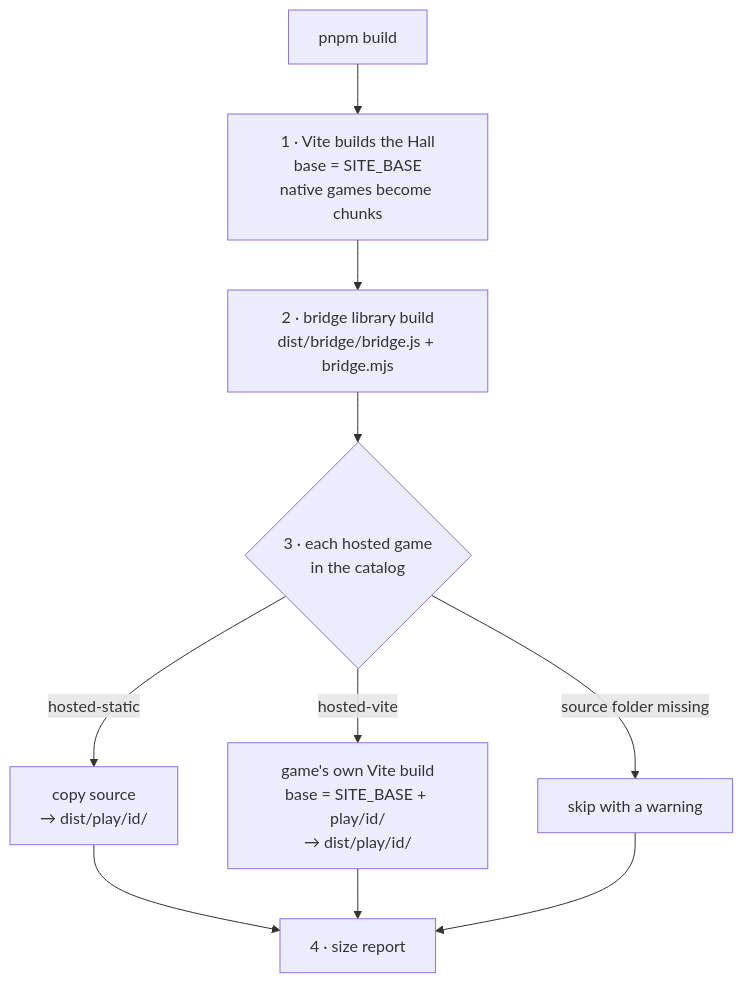
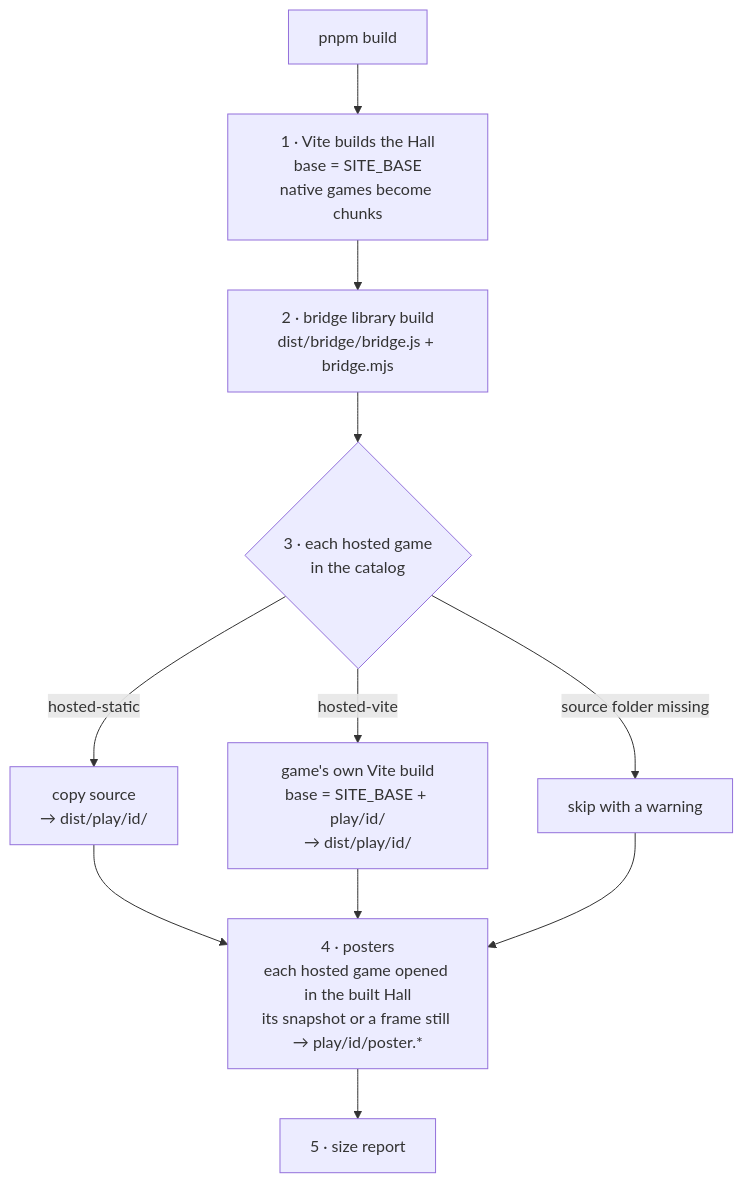
One commit to agunawijaya/usr-games-reborn changed the tenth of 10 diagrams in docs/ARCHITECTURE.md. Above: the diagram before and after it, drawn with Mermaid. The commit also changed other lines of this file and 171 other files, not shown here.

````diff
--- a/docs/ARCHITECTURE.md
+++ b/docs/ARCHITECTURE.md
@@ -264,12 +306,13 @@
 ```mermaid
 flowchart TB
   start["pnpm build"] --> hallBuild["1 · Vite builds the Hall<br/>base = SITE_BASE<br/>native games become chunks"]
   hallBuild --> bridgeBuild["2 · bridge library build<br/>dist/bridge/bridge.js + bridge.mjs"]
   bridgeBuild --> each{"3 · each hosted game<br/>in the catalog"}
   each -- "source folder missing" --> skip["skip with a warning"]
   each -- "hosted-static" --> copy["copy source<br/>→ dist/play/id/"]
   each -- "hosted-vite" --> vite["game's own Vite build<br/>base = SITE_BASE + play/id/<br/>→ dist/play/id/"]
-  copy --> report["4 · size report"]
-  vite --> report
-  skip --> report
+  copy --> posters["4 · posters<br/>each hosted game opened in the built Hall<br/>its snapshot or a frame still → play/id/poster.*"]
+  vite --> posters
+  skip --> posters
+  posters --> report["5 · size report"]
 ```
````
